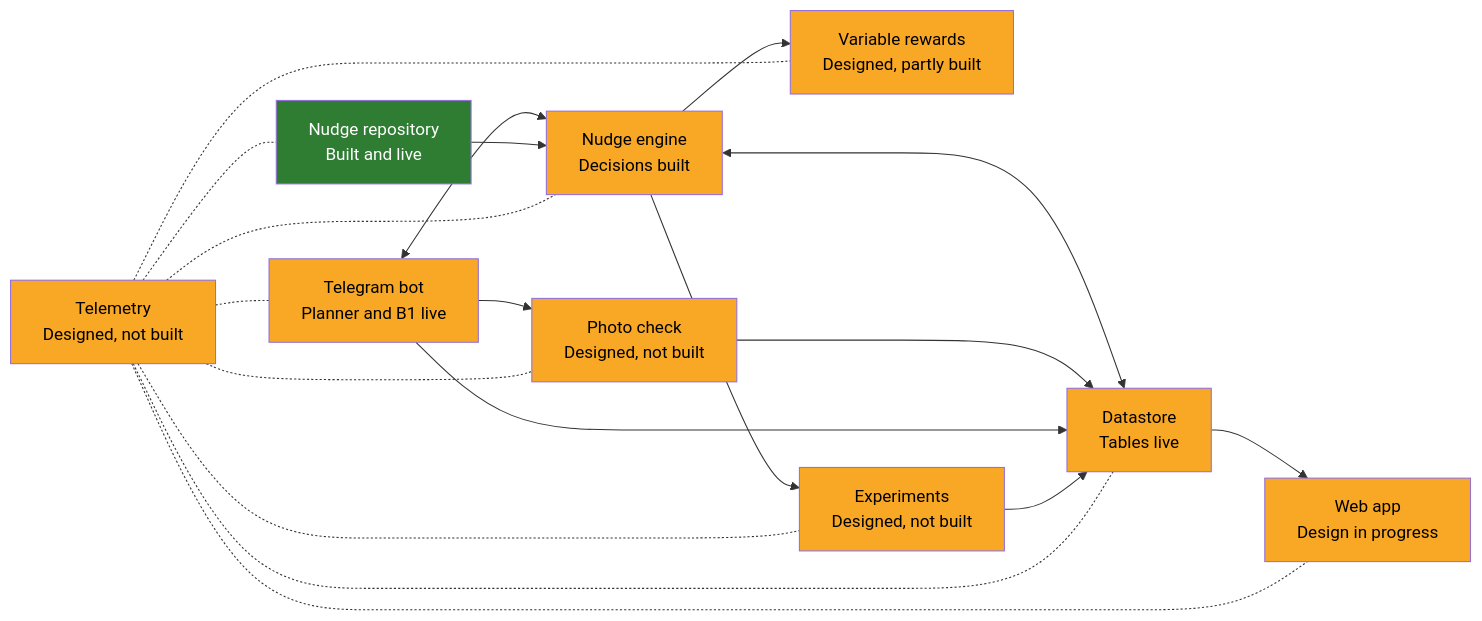
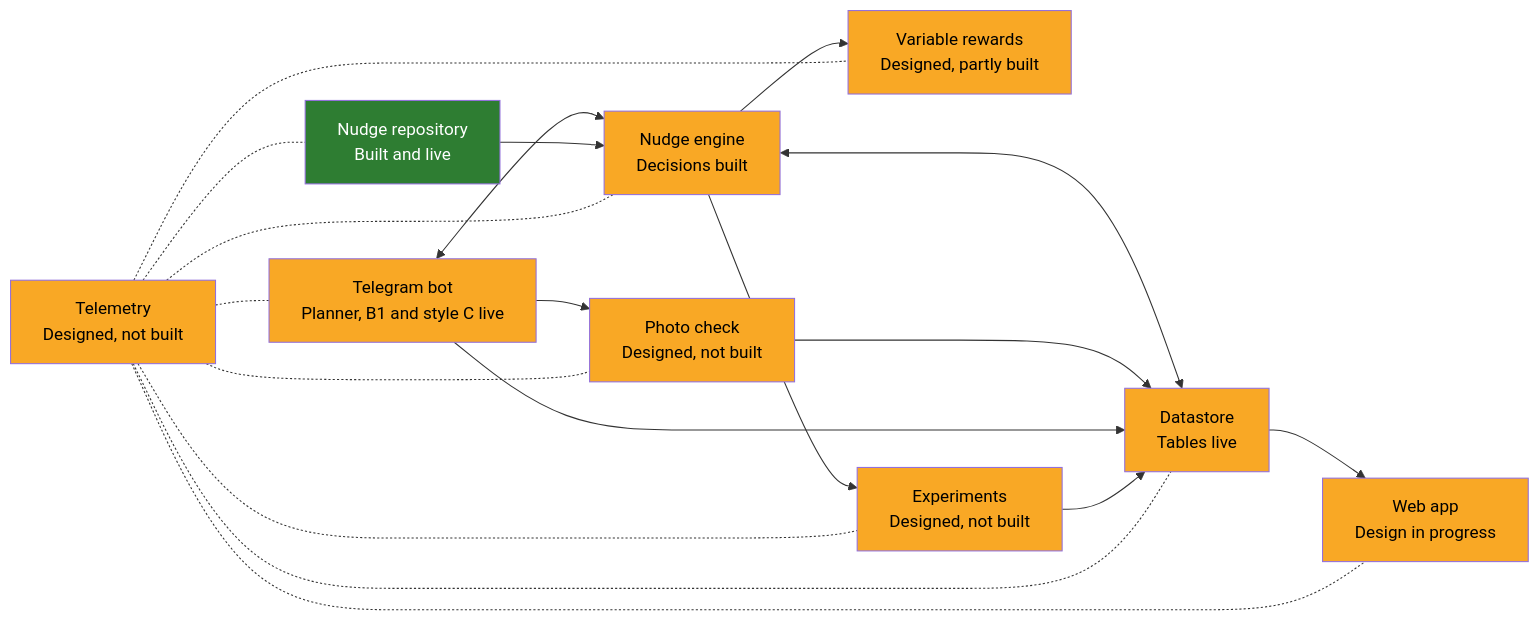
The diagram in docs/ARCHITECTURE.md (WeiLieh/FamilyHabitBuilder), drawn with Mermaid before and after one commit. The commit also changed other lines of this file and 9 other files, not shown here.

````diff
--- a/docs/ARCHITECTURE.md
+++ b/docs/ARCHITECTURE.md
@@ -5,35 +5,35 @@
 ```mermaid
 flowchart LR
-    telegram["Telegram bot<br/>Planner and B1 live"]:::part
+    telegram["Telegram bot<br/>Planner, B1 and style C live"]:::part
     engine["Nudge engine<br/>Decisions built"]:::part
     repository["Nudge repository<br/>Built and live"]:::done
     photo["Photo check<br/>Designed, not built"]:::part
     rewards["Variable rewards<br/>Designed, partly built"]:::part
     datastore["Datastore<br/>Tables live"]:::part
     webapp["Web app<br/>Design in progress"]:::part
     telemetry["Telemetry<br/>Designed, not built"]:::part
     experiments["Experiments<br/>Designed, not built"]:::part
 
     telegram <--> engine
     repository --> engine
     engine --> rewards
     engine <--> datastore
     telegram --> photo
     photo --> datastore
     telegram --> datastore
     datastore --> webapp
     engine --> experiments
     experiments --> datastore
     telemetry -.- telegram
     telemetry -.- engine
     telemetry -.- repository
     telemetry -.- photo
     telemetry -.- rewards
     telemetry -.- datastore
     telemetry -.- webapp
     telemetry -.- experiments
 
     classDef done fill:#2e7d32,color:#ffffff
     classDef part fill:#f9a825,color:#000000
     classDef todo fill:#9e9e9e,color:#000000
 ```
````
